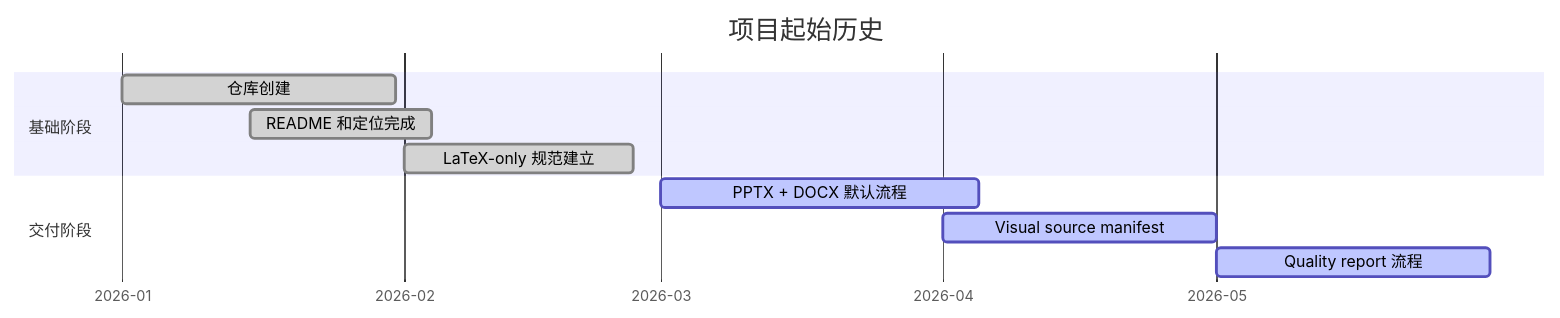
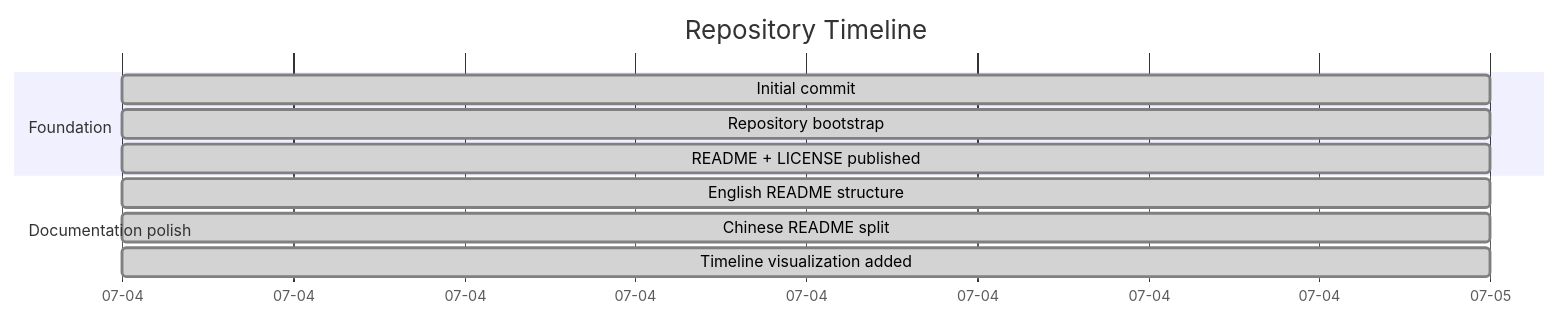
One commit to Leo1998-Lu/ai-paper2slide-skill changed the diagram in README.md. Above: the diagram before and after it, drawn with Mermaid. The commit also changed other lines of this file and 1 other file, not shown here.

Commit message:
Split README into English and Chinese pages, polish navigation buttons, and replace timeline with repository-accurate history

````diff
--- a/README.md
+++ b/README.md
@@ -574,16 +238,16 @@
 ```mermaid
 gantt
-    title 项目起始历史
+    title Repository Timeline
     dateFormat  YYYY-MM-DD
-    axisFormat  %Y-%m
+    axisFormat  %m-%d
 
-    section 基础阶段
-    仓库创建                 :done,    created, 2026-01-01, 30d
-    README 和定位完成        :done,    readme,   2026-01-15, 20d
-    LaTeX-only 规范建立      :done,    latex,    2026-02-01, 25d
+    section Foundation
+    Initial commit                 :done,  init,  2026-07-04, 1d
+    Repository bootstrap           :done,  base,  2026-07-04, 1d
+    README + LICENSE published     :done,  docs,  2026-07-04, 1d
 
-    section 交付阶段
-    PPTX + DOCX 默认流程      :active,  delivery, 2026-03-01, 35d
-    Visual source manifest   :active,  manifest, 2026-04-01, 30d
-    Quality report 流程       :active,  quality,   2026-05-01, 30d
+    section Documentation polish
+    English README structure        :done,  en,    2026-07-04, 1d
+    Chinese README split            :done,  zh,    2026-07-04, 1d
+    Timeline visualization added    :done,  time,  2026-07-04, 1d
 ```
````
